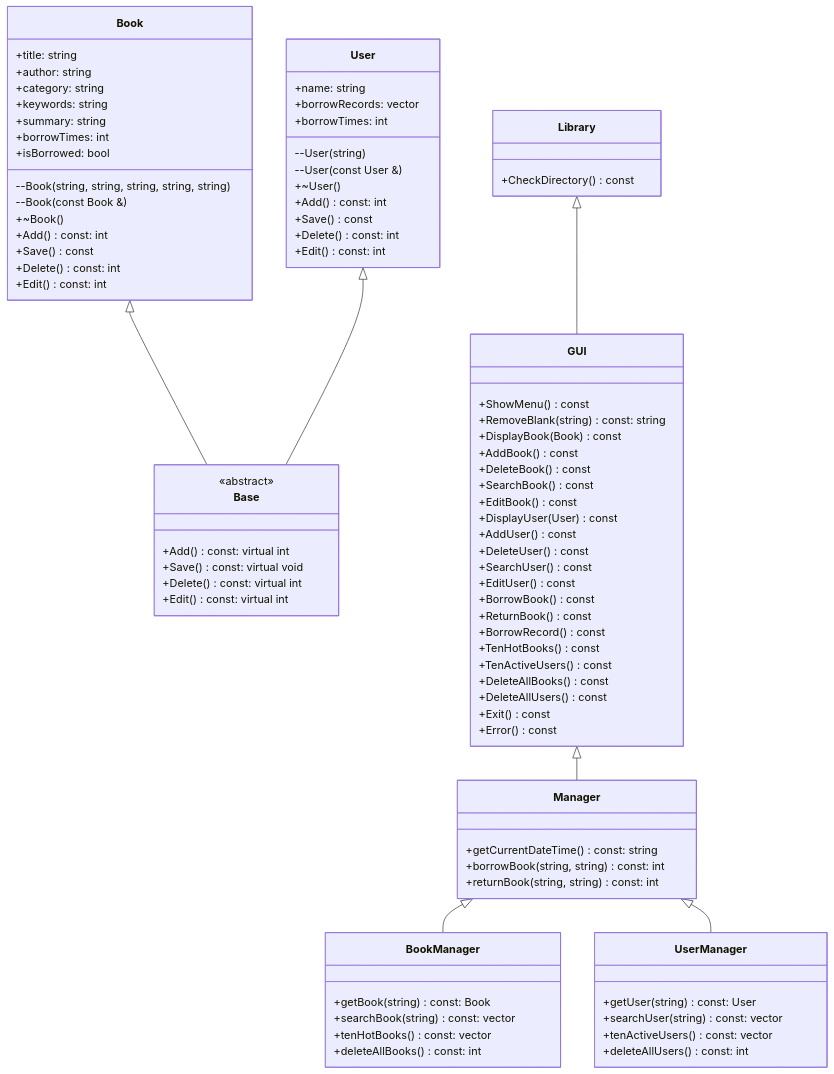
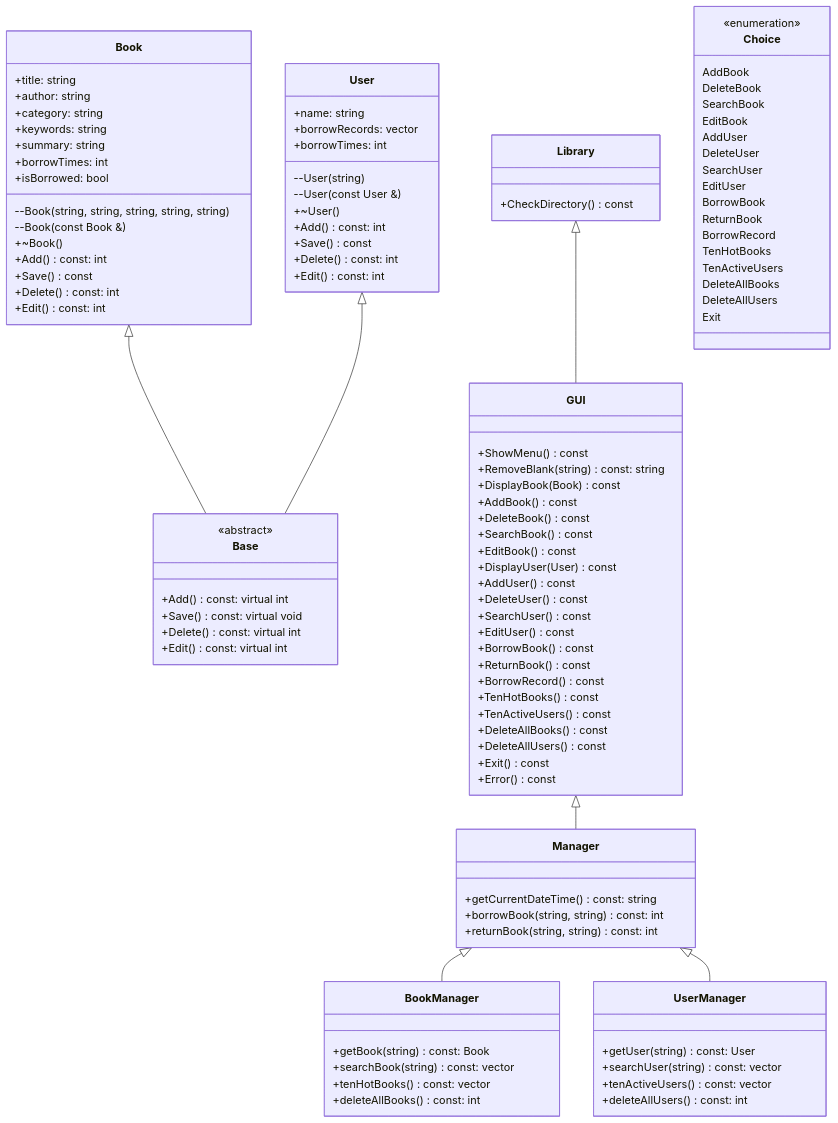
Before and after one commit to Horizonll/Library: the third of 3 diagrams in 说明书.md, drawn with Mermaid. The commit also changed other lines of this file, not shown here.

````diff
--- a/说明书.md
+++ b/说明书.md
@@ -344,8 +389,28 @@
     class Library {
         +CheckDirectory() const
     }
+    class Choice {
+        <<enumeration>>
+        AddBook
+        DeleteBook
+        SearchBook
+        EditBook
+        AddUser
+        DeleteUser
+        SearchUser
+        EditUser
+        BorrowBook
+        ReturnBook
+        BorrowRecord
+        TenHotBooks
+        TenActiveUsers
+        DeleteAllBooks
+        DeleteAllUsers
+        Exit
+    }
     Manager <|-- BookManager
     Manager <|-- UserManager
     GUI <|-- Manager
     Library <|-- GUI
+
 ```
````
